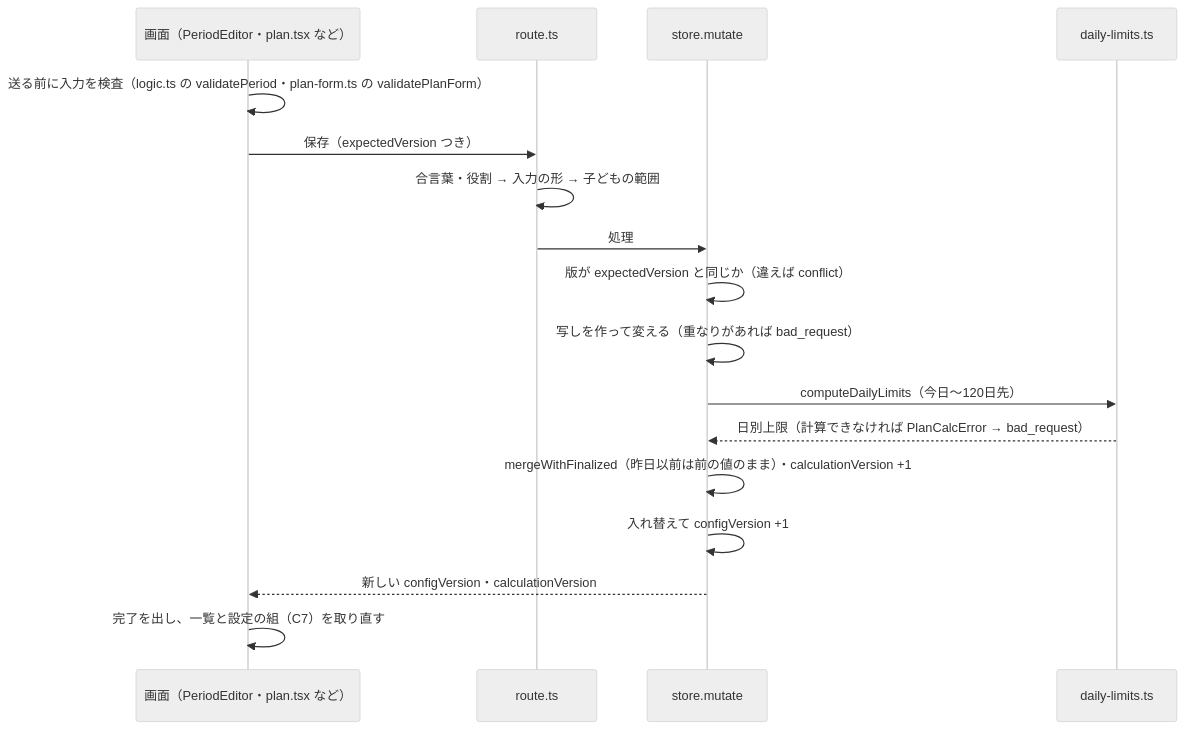
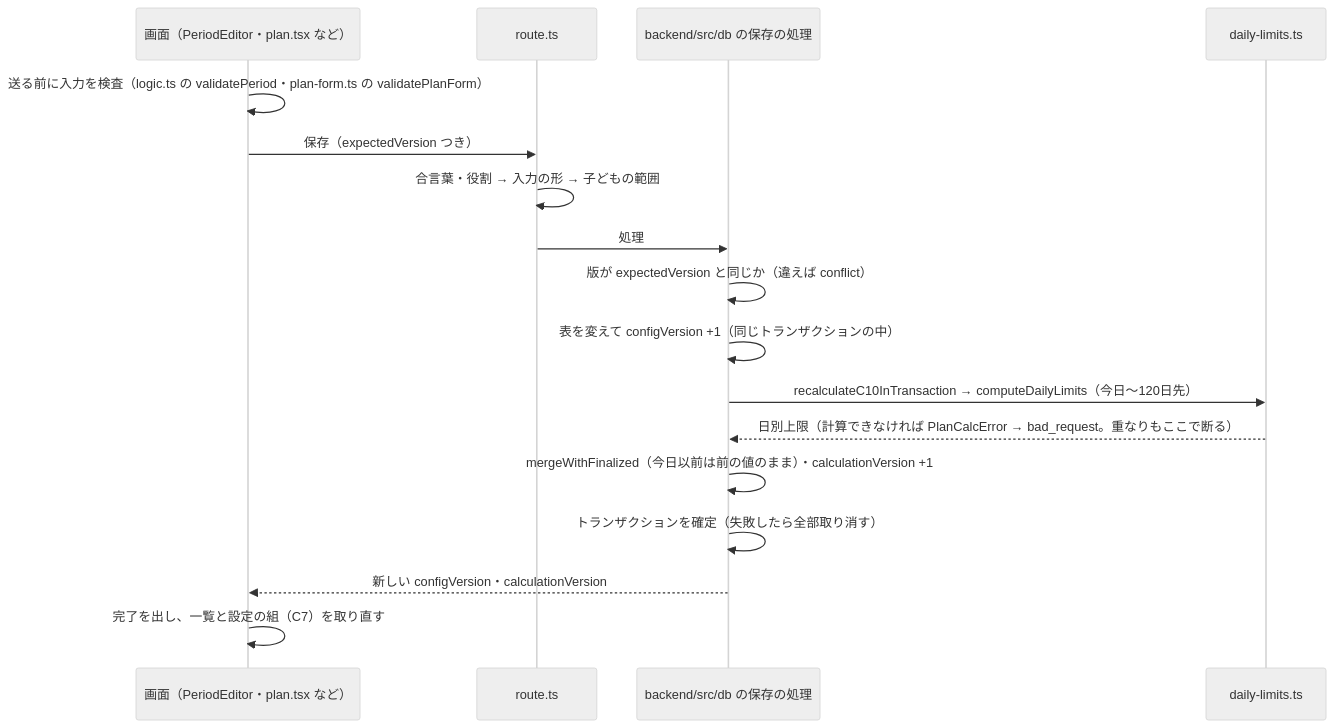
Before and after one commit to jphacks/sp_2602: the sixth of 7 diagrams in docs/flows.md, drawn with Mermaid (neutral theme). The commit also changed other lines of this file and 71 other files, not shown here.

````diff
--- a/docs/flows.md
+++ b/docs/flows.md
@@ -213,19 +215,19 @@
 ```mermaid
 sequenceDiagram
   participant UI as 画面（PeriodEditor・plan.tsx など）
   participant R as route.ts
-  participant ST as store.mutate
+  participant ST as backend/src/db の保存の処理
   participant C10 as daily-limits.ts
   UI->>UI: 送る前に入力を検査（logic.ts の validatePeriod・plan-form.ts の validatePlanForm）
   UI->>R: 保存（expectedVersion つき）
   R->>R: 合言葉・役割 → 入力の形 → 子どもの範囲
   R->>ST: 処理
   ST->>ST: 版が expectedVersion と同じか（違えば conflict）
-  ST->>ST: 写しを作って変える（重なりがあれば bad_request）
-  ST->>C10: computeDailyLimits（今日〜120日先）
-  C10-->>ST: 日別上限（計算できなければ PlanCalcError → bad_request）
-  ST->>ST: mergeWithFinalized（昨日以前は前の値のまま）・calculationVersion +1
-  ST->>ST: 入れ替えて configVersion +1
+  ST->>ST: 表を変えて configVersion +1（同じトランザクションの中）
+  ST->>C10: recalculateC10InTransaction → computeDailyLimits（今日〜120日先）
+  C10-->>ST: 日別上限（計算できなければ PlanCalcError → bad_request。重なりもここで断る）
+  ST->>ST: mergeWithFinalized（今日以前は前の値のまま）・calculationVersion +1
+  ST->>ST: トランザクションを確定（失敗したら全部取り消す）
   ST-->>UI: 新しい configVersion・calculationVersion
   UI->>UI: 完了を出し、一覧と設定の組（C7）を取り直す
 ```
````
